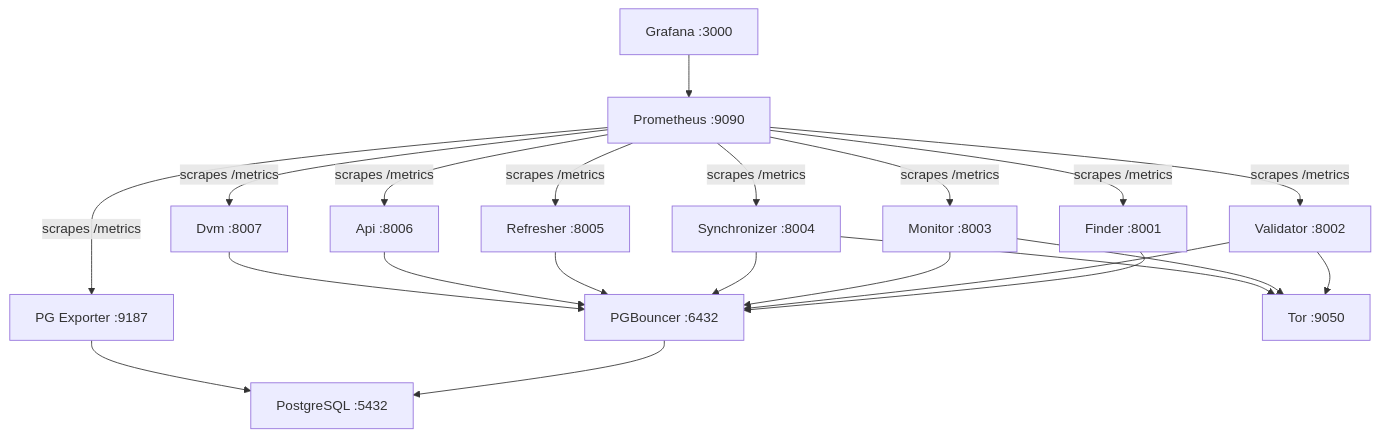
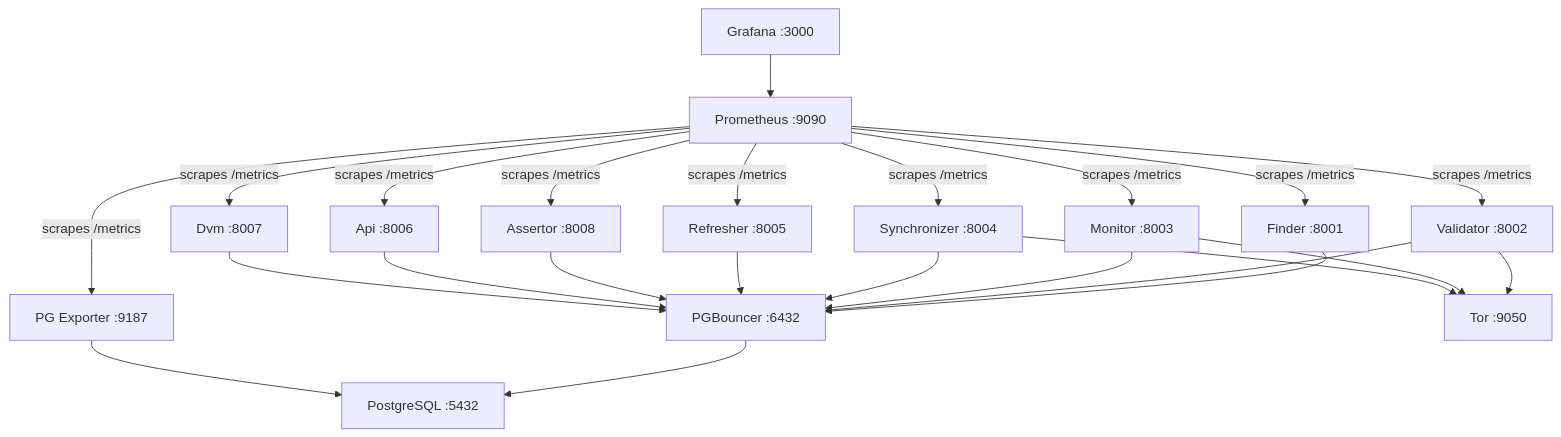
Before and after one commit to BigBrotr/bigbrotr: the diagram in docs/how-to/docker-deploy.md, drawn with Mermaid. The commit also changed other lines of this file and 17 other files, not shown here.

````diff
--- a/docs/how-to/docker-deploy.md
+++ b/docs/how-to/docker-deploy.md
@@ -82,24 +84,26 @@
 ```mermaid
 graph TD
     Grafana["Grafana :3000"] --> Prometheus["Prometheus :9090"]
     Prometheus -->|scrapes /metrics| Finder["Finder :8001"]
     Prometheus -->|scrapes /metrics| Validator["Validator :8002"]
     Prometheus -->|scrapes /metrics| Monitor["Monitor :8003"]
     Prometheus -->|scrapes /metrics| Synchronizer["Synchronizer :8004"]
     Prometheus -->|scrapes /metrics| Refresher["Refresher :8005"]
     Prometheus -->|scrapes /metrics| Api["Api :8006"]
     Prometheus -->|scrapes /metrics| Dvm["Dvm :8007"]
+    Prometheus -->|scrapes /metrics| Assertor["Assertor :8008"]
     Prometheus -->|scrapes /metrics| PGExporter["PG Exporter :9187"]
     Finder --> PGBouncer["PGBouncer :6432"]
     Validator --> PGBouncer
     Monitor --> PGBouncer
     Synchronizer --> PGBouncer
     Refresher --> PGBouncer
+    Assertor --> PGBouncer
     Api --> PGBouncer
     Dvm --> PGBouncer
     PGBouncer --> PostgreSQL["PostgreSQL :5432"]
     PGExporter --> PostgreSQL
     Validator --> Tor["Tor :9050"]
     Monitor --> Tor
     Synchronizer --> Tor
 ```
````
